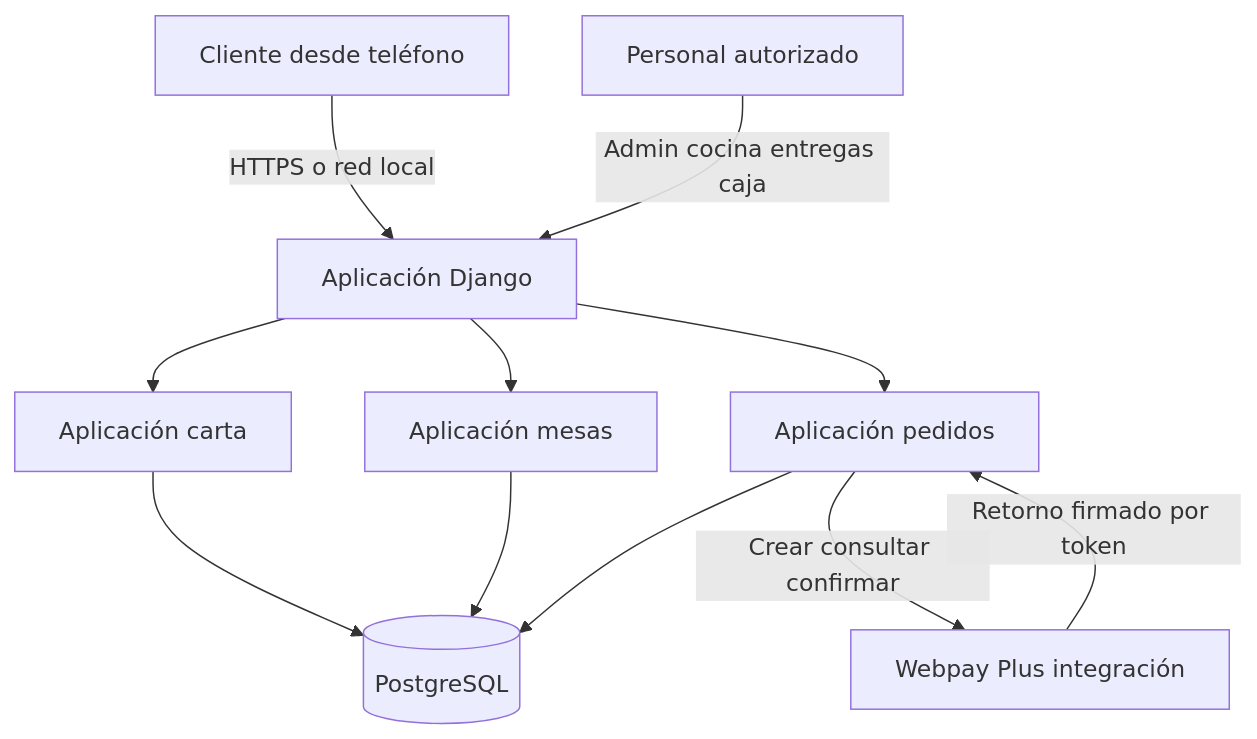
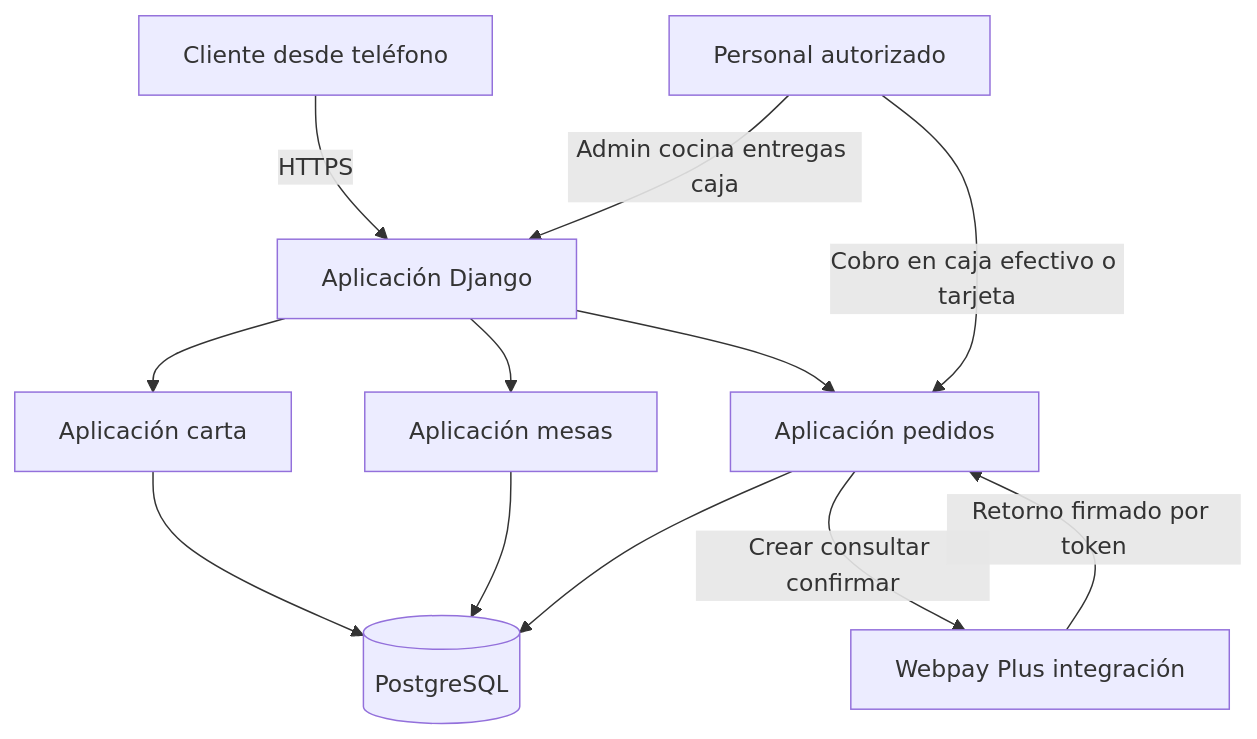
The diagram in Fase 2/Evidencias Grupales/Documentacion/01_ARQUITECTURA.md (GianCabana/Capstone_006D_GianCabana_SebastianDelgado), drawn with Mermaid before and after one commit. The commit also changed other lines of this file and 13 other files, not shown here.

````diff
--- a/Fase 2/Evidencias Grupales/Documentacion/01_ARQUITECTURA.md
+++ b/Fase 2/Evidencias Grupales/Documentacion/01_ARQUITECTURA.md
@@ -5,13 +5,14 @@
 ```mermaid
 flowchart TB
-    Cliente[Cliente desde teléfono] -->|HTTPS o red local| Django[Aplicación Django]
+    Cliente[Cliente desde teléfono] -->|HTTPS| Django[Aplicación Django]
     Personal[Personal autorizado] -->|Admin cocina entregas caja| Django
     Django --> Carta[Aplicación carta]
     Django --> Mesas[Aplicación mesas]
     Django --> Pedidos[Aplicación pedidos]
     Carta --> DB[(PostgreSQL)]
     Mesas --> DB
     Pedidos --> DB
     Pedidos -->|Crear consultar confirmar| Webpay[Webpay Plus integración]
     Webpay -->|Retorno firmado por token| Pedidos
+    Personal -->|Cobro en caja efectivo o tarjeta| Pedidos
 ```
````
